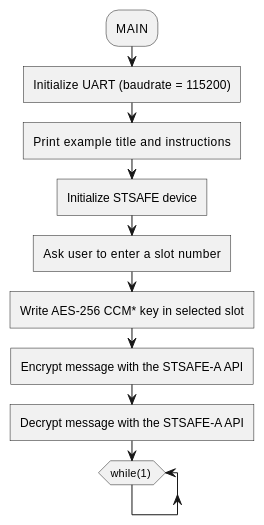
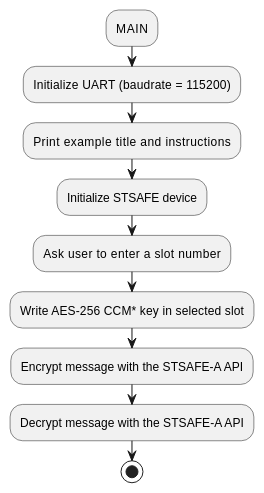
One commit to Grom-perso/STSAFE-A120_examples_dev changed the diagram in Documentation/resources/Markdown/03_Project_examples_description/Symmetric_key_management_AES-256_CCM/STSAFE-A120_Symmetric_key_management_AES-256_CCM.md. Above: the diagram before and after it, drawn with PlantUML. The commit also changed 23 other files, not shown here.

```diff
--- a/Documentation/resources/Markdown/03_Project_examples_description/Symmetric_key_management_AES-256_CCM/STSAFE-A120_Symmetric_key_management_AES-256_CCM.md
+++ b/Documentation/resources/Markdown/03_Project_examples_description/Symmetric_key_management_AES-256_CCM/STSAFE-A120_Symmetric_key_management_AES-256_CCM.md
@@ -8,15 +8,12 @@
 @startuml "STSAFE-STSAFE-A120_Symmetric_key_management_AES-256_CCM Example flowchart" width=5cm
 	:MAIN;
-	:Initialize UART (baudrate = 115200)]
-	:Print example title and instructions]
-	:Initialize STSAFE device]
-    :Ask user to enter a slot number]
-	:Write AES-256 CCM* key in selected slot]
-	:Encrypt message with the STSAFE-A API]
-	:Decrypt message with the STSAFE-A API]
+	:Initialize UART (baudrate = 115200);
+	:Print example title and instructions;
+	:Initialize STSAFE device;
+  :Ask user to enter a slot number;
+	:Write AES-256 CCM* key in selected slot;
+	:Encrypt message with the STSAFE-A API;
+	:Decrypt message with the STSAFE-A API;
 
-	while (while(1) )
-	end while
-	-[hidden]->
-    detach
+	stop
 @enduml
```
